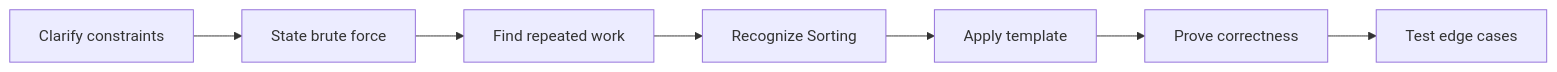
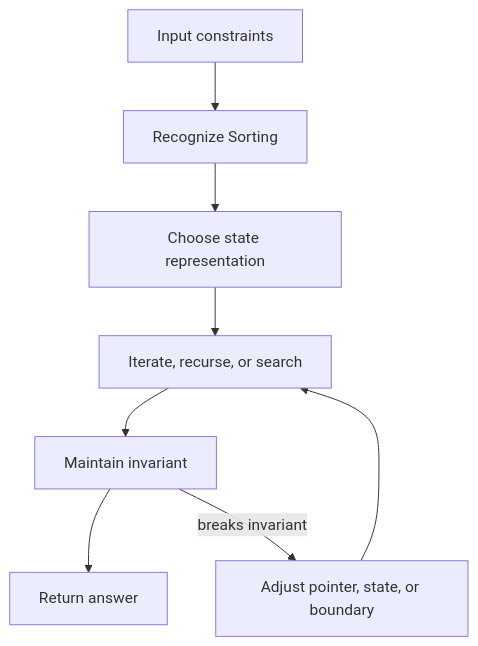
The second of 2 diagrams in coding-round/algorithms/sorting/index.md (abstractinterviews/abstractinterviews.github.io), drawn with Mermaid before and after one commit. The commit also changed other lines of this file and 278 other files, not shown here.

````diff
--- a/coding-round/algorithms/sorting/index.md
+++ b/coding-round/algorithms/sorting/index.md
@@ -123,9 +121,10 @@
-~~~mermaid
-flowchart LR
-    A["Clarify constraints"] --> B["State brute force"]
-    B --> C["Find repeated work"]
-    C --> D["Recognize Sorting"]
-    D --> E["Apply template"]
-    E --> F["Prove correctness"]
-    F --> G["Test edge cases"]
-~~~
+```mermaid
+flowchart TD
+    Input["Input constraints"] --> Pattern["Recognize Sorting"]
+    Pattern --> State["Choose state representation"]
+    State --> Iterate["Iterate, recurse, or search"]
+    Iterate --> Check["Maintain invariant"]
+    Check --> Result["Return answer"]
+    Check -->|breaks invariant| Fix["Adjust pointer, state, or boundary"]
+    Fix --> Iterate
+```
````
